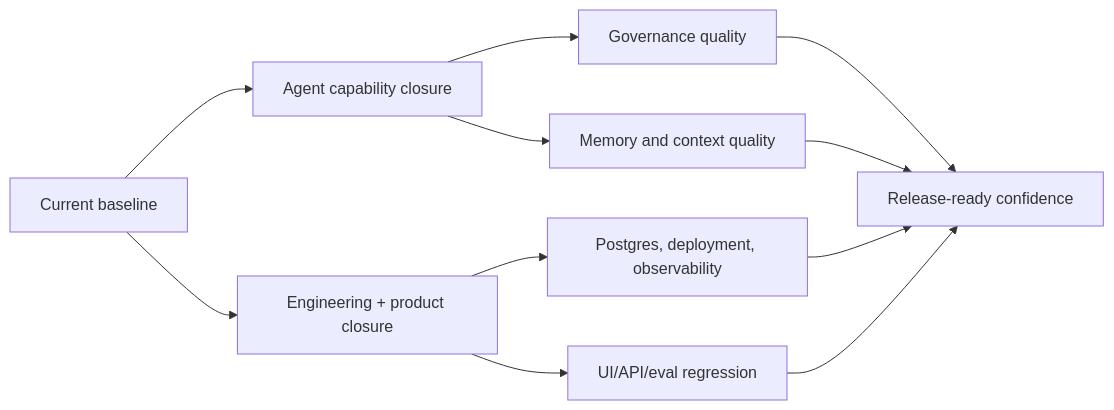
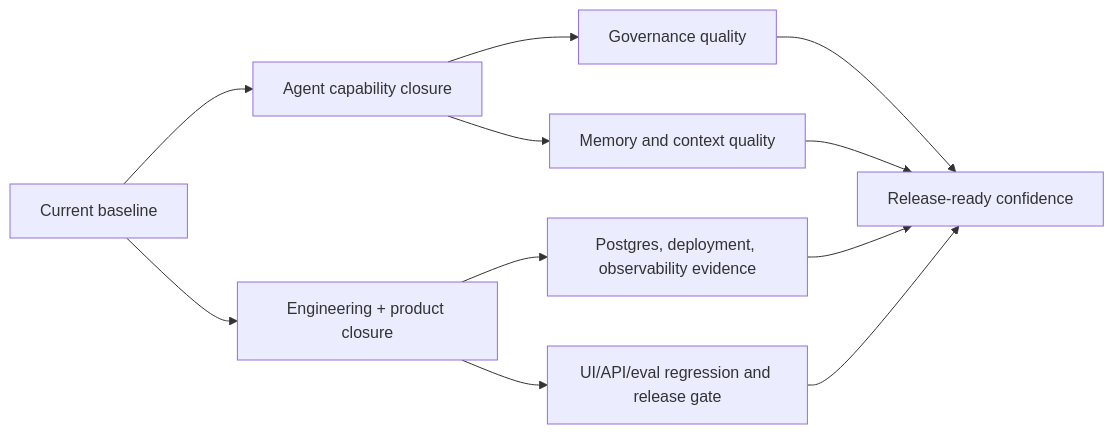
Before and after one commit to William-zgx/focus-agent: the diagram in docs/roadmap.md, drawn with Mermaid. The commit also changed other lines of this file and 28 other files, not shown here.

Commit message:
feat: add P17-P26 release ops hardening

````diff
--- a/docs/roadmap.md
+++ b/docs/roadmap.md
@@ -10,13 +10,13 @@
 ```mermaid
 flowchart LR
     Baseline["Current baseline"] --> Product["Engineering + product closure"]
     Baseline --> Agent["Agent capability closure"]
-    Product --> Ops["Postgres, deployment, observability"]
-    Product --> Regression["UI/API/eval regression"]
+    Product --> Ops["Postgres, deployment, observability evidence"]
+    Product --> Regression["UI/API/eval regression and release gate"]
     Agent --> Governance["Governance quality"]
     Agent --> Memory["Memory and context quality"]
     Governance --> Release["Release-ready confidence"]
     Memory --> Release
     Ops --> Release
     Regression --> Release
 ```
````
